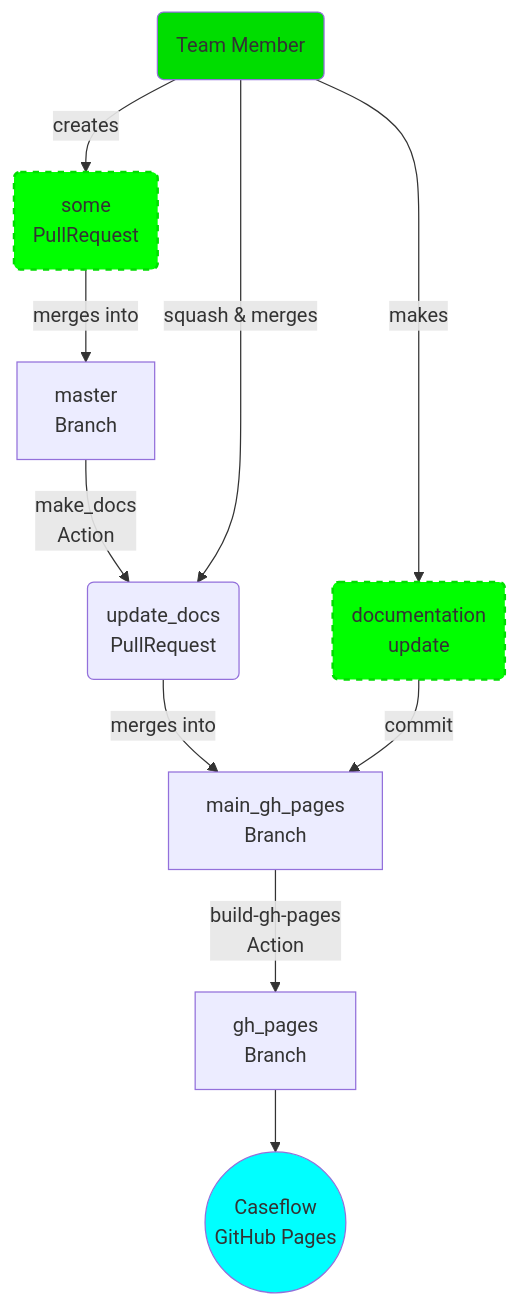
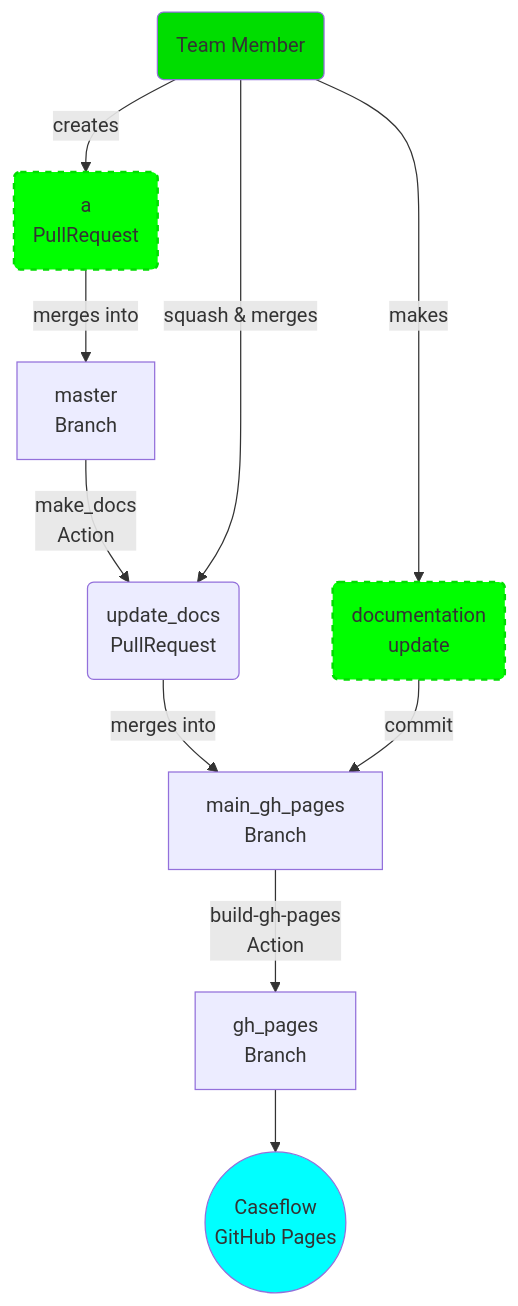
The second of 2 diagrams in README.md (department-of-veterans-affairs/caseflow), drawn with Mermaid before and after one commit. The commit also changed other lines of this file and 10 other files, not shown here.

Commit message:
streamlining: remove jekyll-diagrams

````diff
--- a/README.md
+++ b/README.md
@@ -186,18 +185,18 @@
-{% mermaid %}
+```mermaid!
 graph TD
-pr("some<br/>PullRequest") -->|merges into| main["master<br/>Branch"]
-main -->|"make_docs<br/>Action"| update_docs_pr("update_docs<br/>PullRequest")
-update_docs_pr -->|merges into| main_gh_pages["main_gh_pages<br/>Branch"]
-main_gh_pages -->|"build-gh-pages<br/>Action"| gh_pages["gh_pages<br/>Branch"]
-gh_pages --> website(("Caseflow<br/>GitHub Pages"))
-
-teamMember("Team Member") -->|creates| pr
-teamMember -->|squash &amp; merges| update_docs_pr
-teamMember -->|makes| doc_update
-doc_update("documentation<br/>update") -->|commit| main_gh_pages
-
-style teamMember fill:#0d0
-style pr fill:#0f0,stroke:#0d0,stroke-width:2px,stroke-dasharray: 5 5
-style doc_update fill:#0f0,stroke:#0d0,stroke-width:2px,stroke-dasharray: 5 5
-style website fill:#0ff
-{% endmermaid %}
+  pr("a<br/>PullRequest") -->|merges into| main["master<br/>Branch"]
+  main -->|"make_docs<br/>Action"| update_docs_pr("update_docs<br/>PullRequest")
+  update_docs_pr -->|merges into| main_gh_pages["main_gh_pages<br/>Branch"]
+  main_gh_pages -->|"build-gh-pages<br/>Action"| gh_pages["gh_pages<br/>Branch"]
+  gh_pages --> website(("Caseflow<br/>GitHub Pages"))
+  
+  teamMember("Team Member") -->|creates| pr
+  teamMember -->|squash & merges| update_docs_pr
+  teamMember -->|makes| doc_update
+  doc_update("documentation<br/>update") -->|commit| main_gh_pages
+  
+  style teamMember fill:#0d0
+  style pr fill:#0f0,stroke:#0d0,stroke-width:2px,stroke-dasharray: 5 5
+  style doc_update fill:#0f0,stroke:#0d0,stroke-width:2px,stroke-dasharray: 5 5
+  style website fill:#0ff
+```
````
